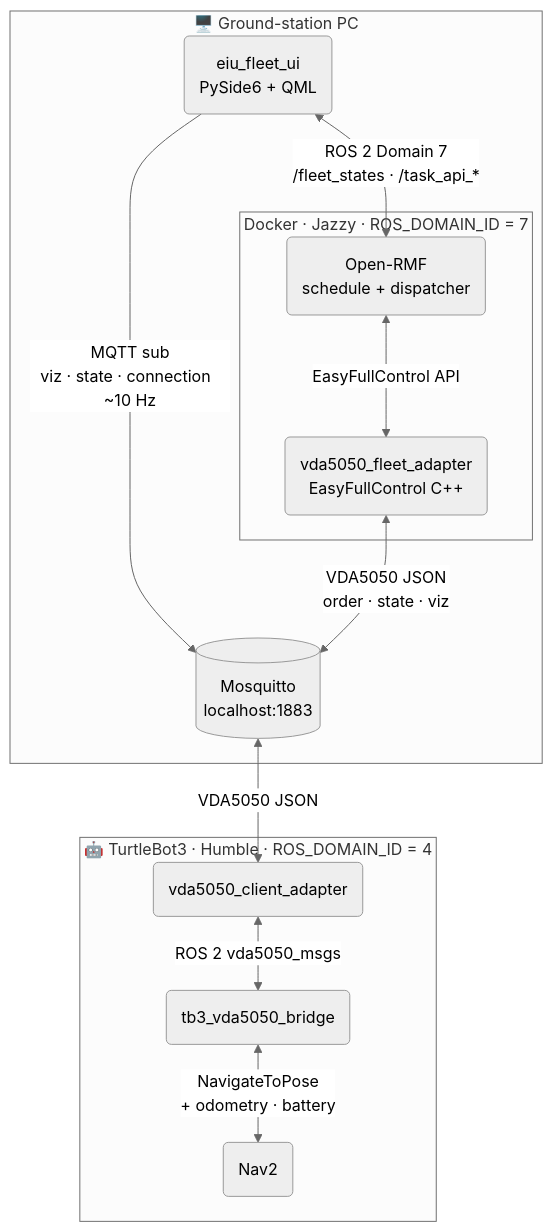
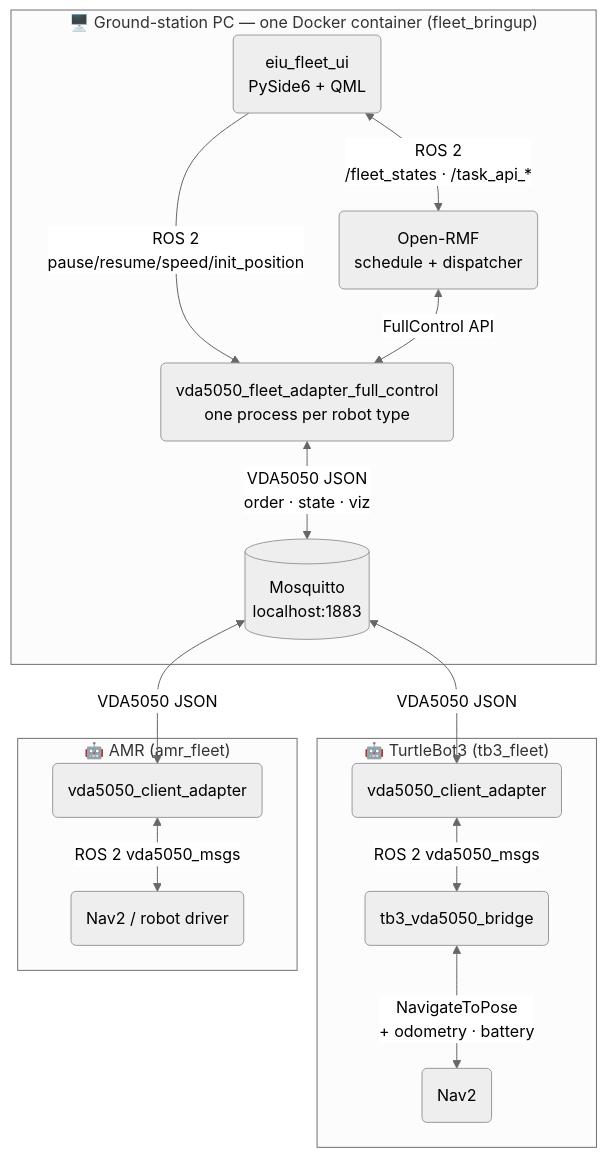
One commit to NhatTran-97/eiu-vda5050-support-open-rmf changed the diagram in README.md. Above: the diagram before and after it, drawn with Mermaid (neutral theme). The commit also changed other lines of this file and 3 other files, not shown here.

````diff
--- a/README.md
+++ b/README.md
@@ -59,25 +105,30 @@
 ```mermaid
 flowchart TB
-    subgraph pc ["🖥️  Ground-station PC"]
+    subgraph pc ["🖥️  Ground-station PC — one Docker container (fleet_bringup)"]
         ui("eiu_fleet_ui\nPySide6 + QML")
+        rmf("Open-RMF\nschedule + dispatcher")
+        fa("vda5050_fleet_adapter_full_control\none process per robot type")
         broker[("Mosquitto\nlocalhost:1883")]
-        subgraph docker ["Docker · Jazzy · ROS_DOMAIN_ID = 7"]
-            rmf("Open-RMF\nschedule + dispatcher")
-            fa("vda5050_fleet_adapter\nEasyFullControl C++")
-        end
     end
 
-    subgraph robot ["🤖  TurtleBot3 · Humble · ROS_DOMAIN_ID = 4"]
-        ca("vda5050_client_adapter")
-        br("tb3_vda5050_bridge")
-        nav2("Nav2")
+    subgraph robot_tb3 ["🤖  TurtleBot3 (tb3_fleet)"]
+        ca1("vda5050_client_adapter")
+        br1("tb3_vda5050_bridge")
+        nav2a("Nav2")
     end
 
-    ui   <-->|"ROS 2 Domain 7\n/fleet_states · /task_api_*"| rmf
-    ui   -->|"MQTT sub\nviz · state · connection  ~10 Hz"| broker
-    rmf  <-->|"EasyFullControl API"| fa
+    subgraph robot_amr ["🤖  AMR (amr_fleet)"]
+        ca2("vda5050_client_adapter")
+        nav2b("Nav2 / robot driver")
+    end
+
+    ui   <-->|"ROS 2\n/fleet_states · /task_api_*"| rmf
+    ui   -->|"ROS 2\npause/resume/speed/init_position"| fa
+    rmf  <-->|"FullControl API"| fa
     fa   <-->|"VDA5050 JSON\norder · state · viz"| broker
-    broker <-->|"VDA5050 JSON"| ca
-    ca   <-->|"ROS 2 vda5050_msgs"| br
-    br   <-->|"NavigateToPose\n+ odometry · battery"| nav2
+    broker <-->|"VDA5050 JSON"| ca1
+    broker <-->|"VDA5050 JSON"| ca2
+    ca1  <-->|"ROS 2 vda5050_msgs"| br1
+    br1  <-->|"NavigateToPose\n+ odometry · battery"| nav2a
+    ca2  <-->|"ROS 2 vda5050_msgs"| nav2b
 ```
````
